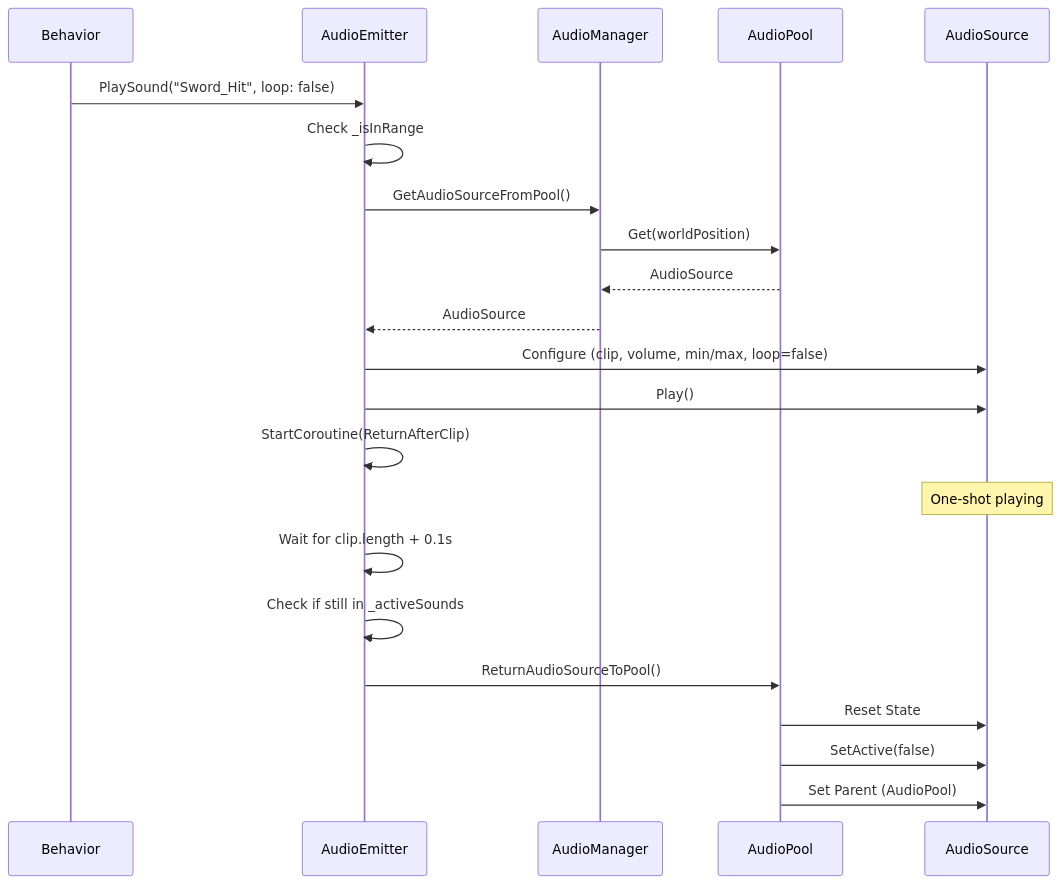
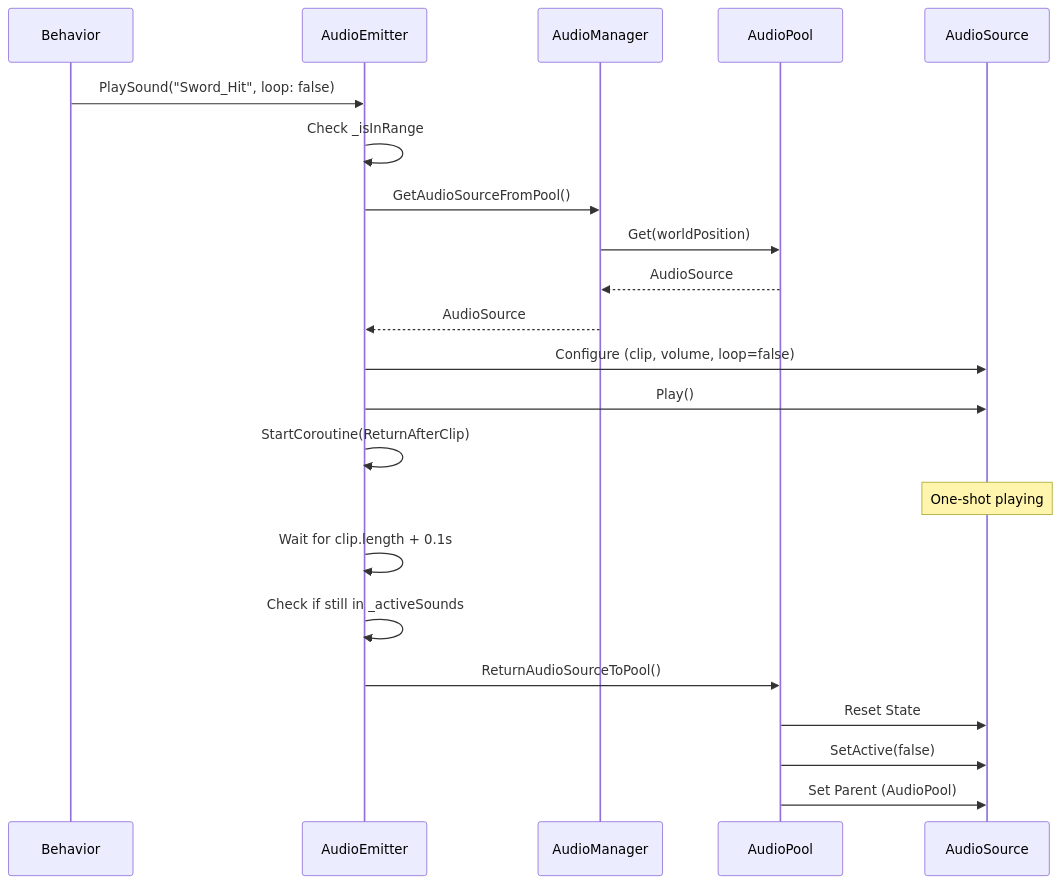
The seventh of 12 diagrams in Help/Audio/Architecture.md (anh1124/Crab_farm), drawn with Mermaid before and after one commit. The commit also changed other lines of this file and 28 other files, not shown here.

````diff
--- a/Help/Audio/Architecture.md
+++ b/Help/Audio/Architecture.md
@@ -239,28 +240,28 @@
 ```mermaid
 sequenceDiagram
     participant BEH as Behavior
     participant AE as AudioEmitter
     participant AM as AudioManager
     participant AP as AudioPool
     participant AS as AudioSource
     
     BEH->>AE: PlaySound("Sword_Hit", loop: false)
     AE->>AE: Check _isInRange
     AE->>AM: GetAudioSourceFromPool()
     AM->>AP: Get(worldPosition)
     AP-->>AM: AudioSource
     AM-->>AE: AudioSource
     
-    AE->>AS: Configure (clip, volume, min/max, loop=false)
+    AE->>AS: Configure (clip, volume, loop=false)
     AE->>AS: Play()
     AE->>AE: StartCoroutine(ReturnAfterClip)
     
     Note over AS: One-shot playing
     
     AE->>AE: Wait for clip.length + 0.1s
     AE->>AE: Check if still in _activeSounds
     AE->>AP: ReturnAudioSourceToPool()
     AP->>AS: Reset State
     AP->>AS: SetActive(false)
     AP->>AS: Set Parent (AudioPool)
 ```
````
